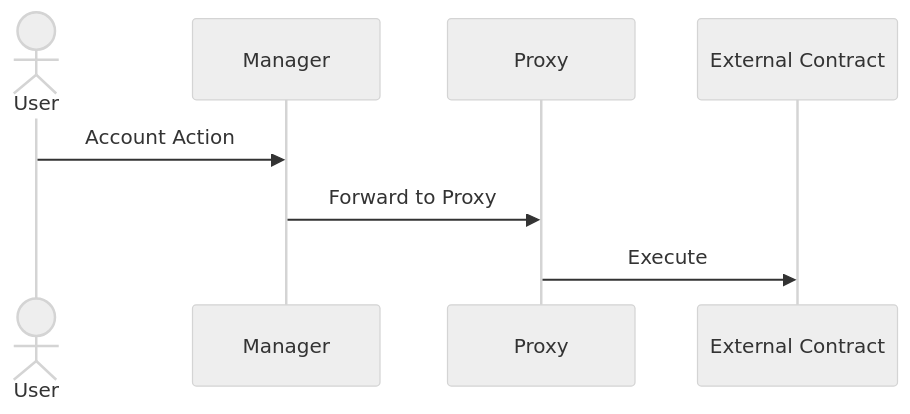
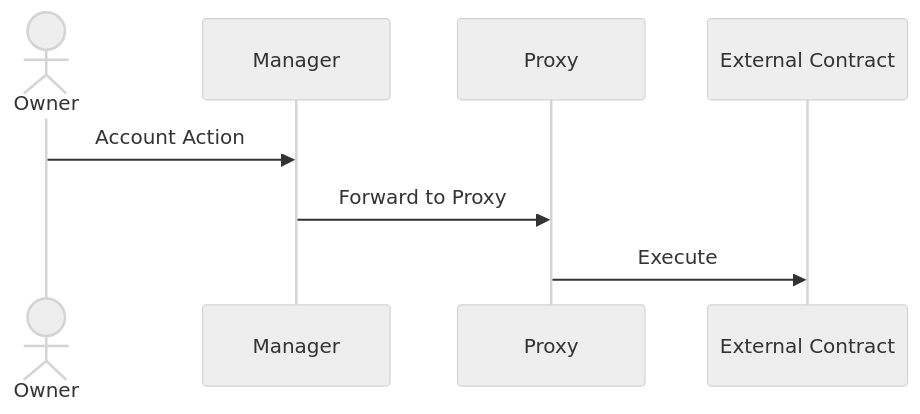
The second of 3 diagrams in framework/docs/src/3_framework/3_architecture.md (AbstractSDK/abstract), drawn with Mermaid (neutral theme) before and after one commit. The commit also changed other lines of this file and 8 other files, not shown here.

Commit message:
Fix user vs owners and diagrams

````diff
--- a/framework/docs/src/3_framework/3_architecture.md
+++ b/framework/docs/src/3_framework/3_architecture.md
@@ -78,13 +83,13 @@
 ```mermaid
 sequenceDiagram
-    actor User
+    actor Owner
     participant Manager
     participant Proxy
     participant External Contract
 
 
-    User ->> Manager: Account Action
+    Owner ->> Manager: Account Action
     Manager ->> Proxy: Forward to Proxy
     Proxy ->> External Contract: Execute
 
 ```
````
